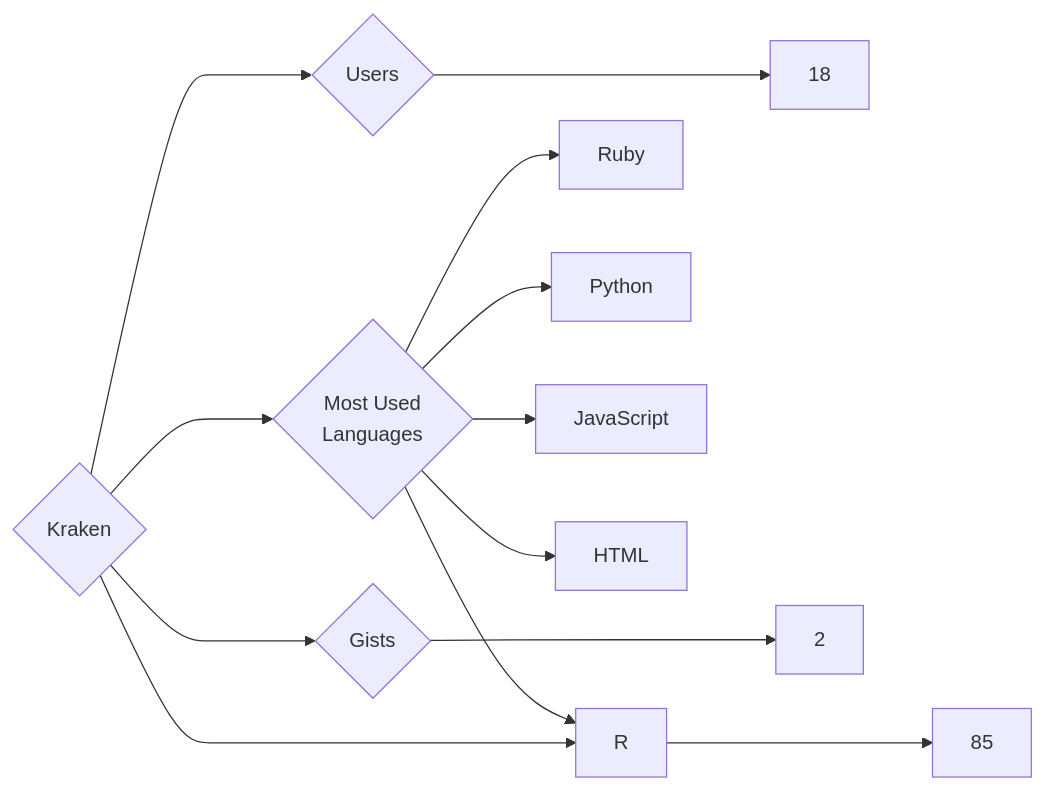
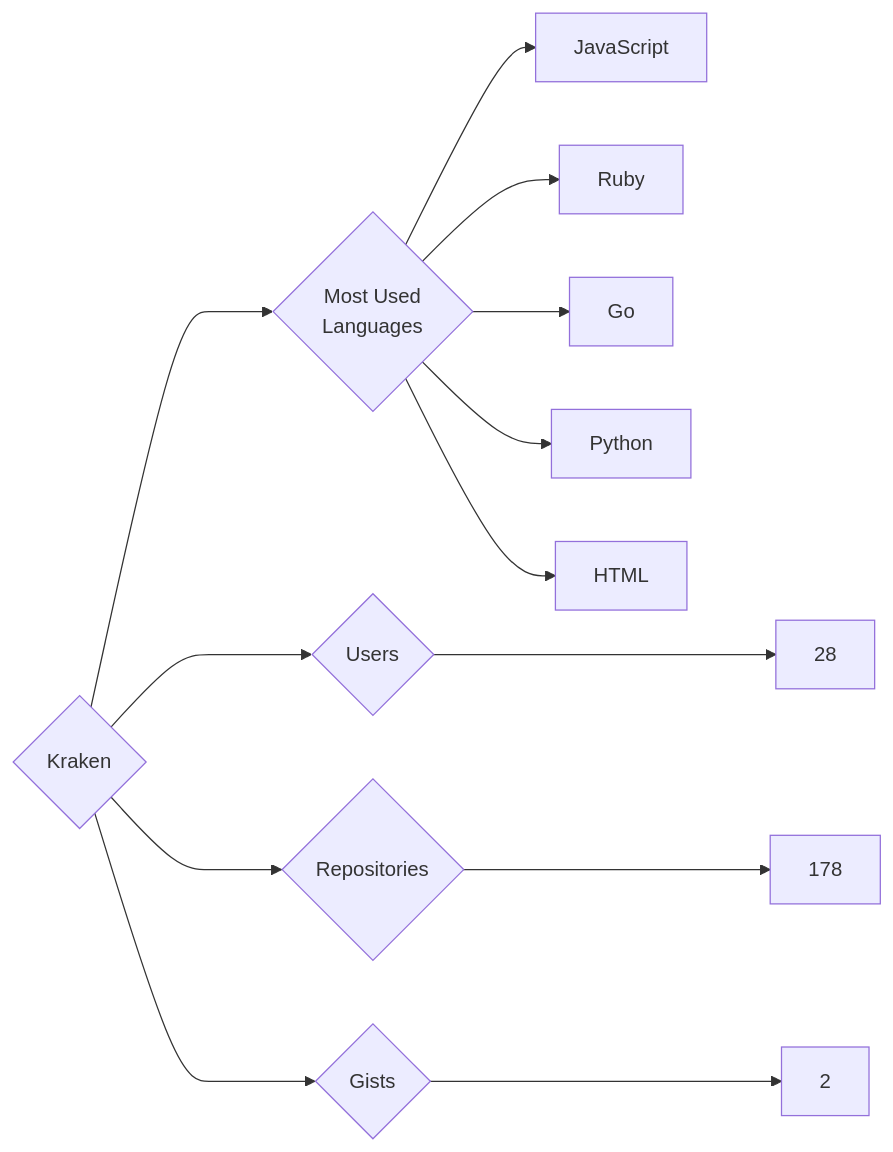
The diagram in targets/Kraken/README.md (trickest/insiders), drawn with Mermaid before and after one commit. The commit also changed 823 other files, not shown here.

````diff
--- a/targets/Kraken/README.md
+++ b/targets/Kraken/README.md
@@ -3,13 +3,13 @@
 ```mermaid
 graph LR
 COMPANY_NAME{Kraken}
-COMPANY_NAME ---> U{Users} ---> UN[18]
-COMPANY_NAME ---> R{Repositories} ---> RN[85]
+COMPANY_NAME ---> U{Users} ---> UN[28]
+COMPANY_NAME ---> R{Repositories} ---> RN[178]
 COMPANY_NAME ---> G{Gists} ---> GN[2]
 COMPANY_NAME ---> ML{Most Used<br>Languages}
+ML --> JavaScript[JavaScript]
 ML --> Ruby[Ruby]
+ML --> Go[Go]
 ML --> Python[Python]
-ML --> JavaScript[JavaScript]
 ML --> HTML[HTML]
-ML --> R[R]
 ```
````
